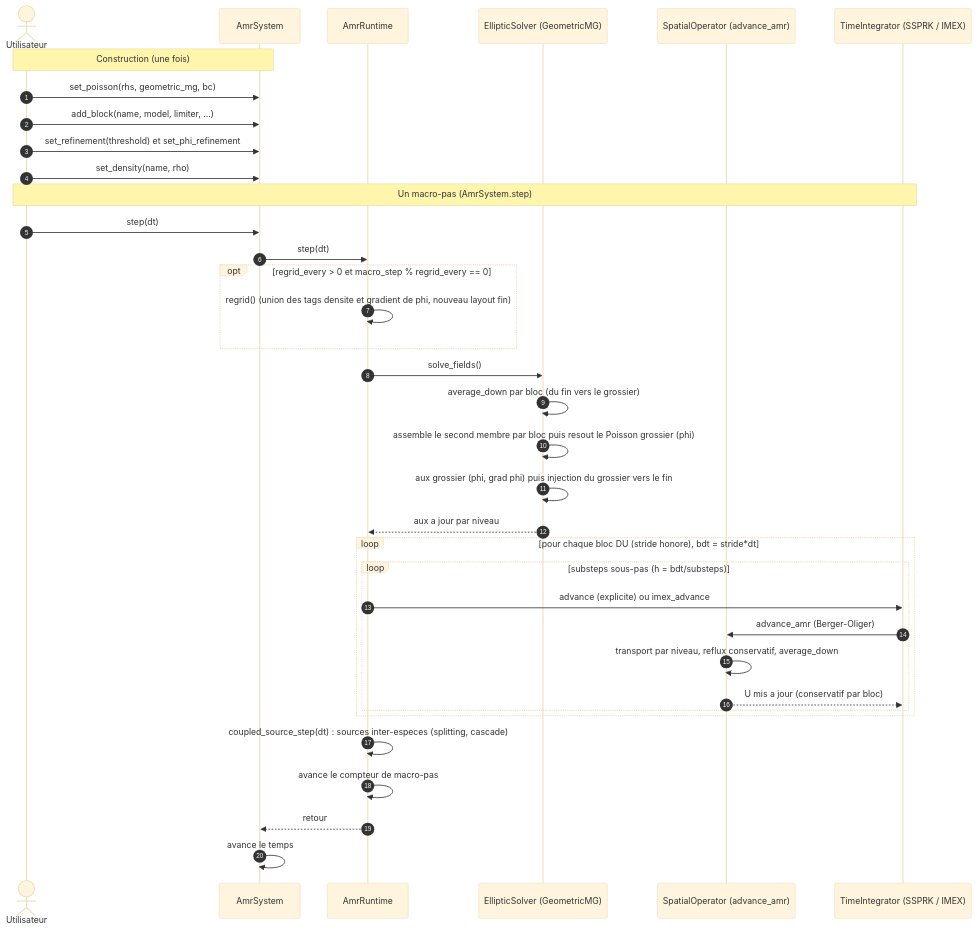
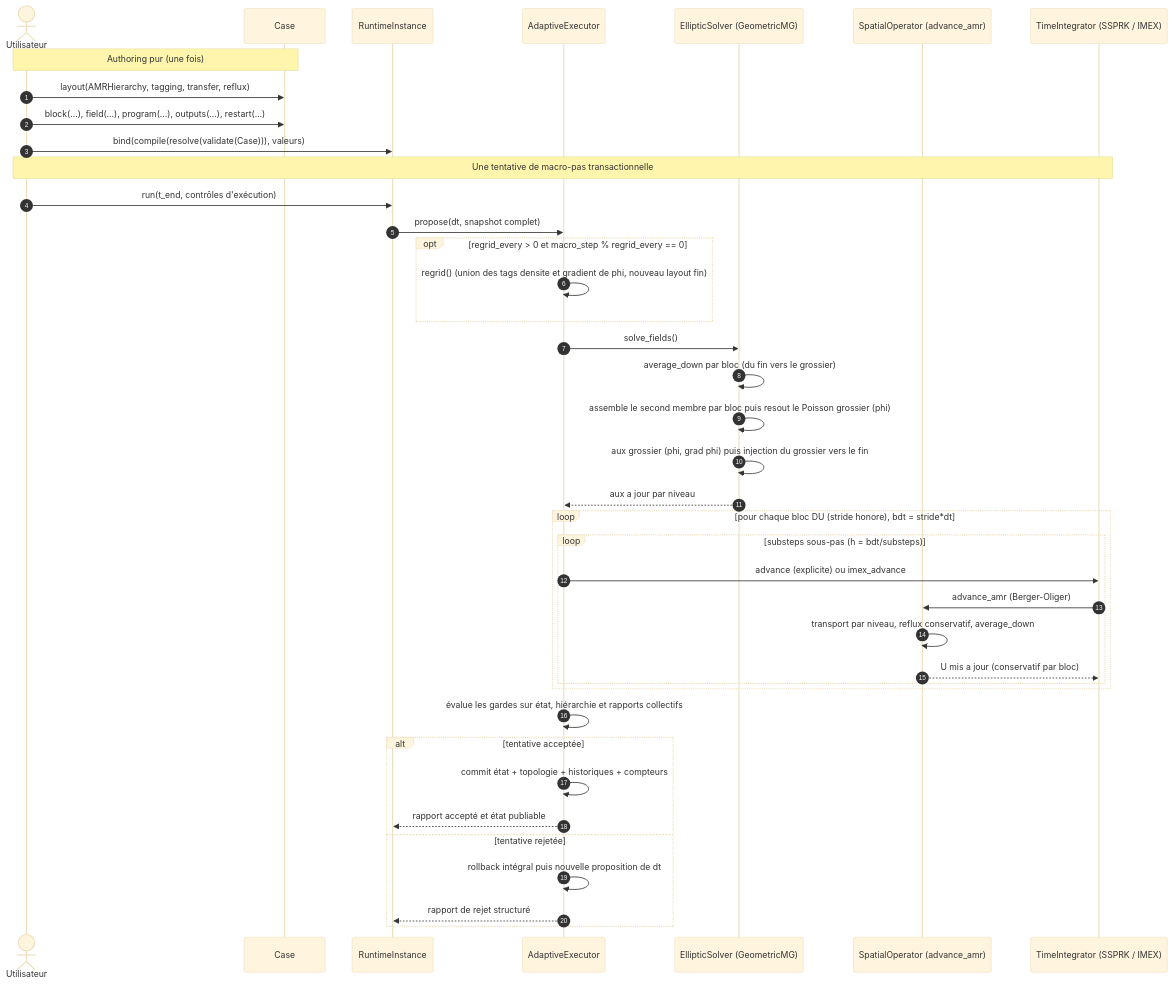
The fourth of 4 diagrams in docs/ARCHITECTURE.md (wolf75222/PoPS), drawn with Mermaid (base theme) before and after one commit. The commit also changed other lines of this file and 1 other file, not shown here.

Commit message:
docs(architecture): describe the final lifecycle

````diff
--- a/docs/ARCHITECTURE.md
+++ b/docs/ARCHITECTURE.md
@@ -493,43 +496,47 @@
 ```mermaid
 sequenceDiagram
     autonumber
     actor Utilisateur
-    participant AmrSystem
-    participant AmrRuntime
+    participant Case
+    participant Runtime as RuntimeInstance
+    participant AmrRuntime as AdaptiveExecutor
     participant EllipticSolver as EllipticSolver (GeometricMG)
     participant SpatialOperator as SpatialOperator (advance_amr)
     participant TimeIntegrator as TimeIntegrator (SSPRK / IMEX)
 
-    Note over Utilisateur,AmrSystem: Construction (une fois)
-    Utilisateur->>AmrSystem: set_poisson(rhs, geometric_mg, bc)
-    Utilisateur->>AmrSystem: add_block(name, model, limiter, ...)
-    Utilisateur->>AmrSystem: set_refinement(threshold) et set_phi_refinement
-    Utilisateur->>AmrSystem: set_density(name, rho)
+    Note over Utilisateur,Case: Authoring pur (une fois)
+    Utilisateur->>Case: layout(AMRHierarchy, tagging, transfer, reflux)
+    Utilisateur->>Case: block(...), field(...), program(...), outputs(...), restart(...)
+    Utilisateur->>Runtime: bind(compile(resolve(validate(Case))), valeurs)
 
-    Note over Utilisateur,TimeIntegrator: Un macro-pas (AmrSystem.step)
-    Utilisateur->>AmrSystem: step(dt)
-    AmrSystem->>AmrRuntime: step(dt)
+    Note over Utilisateur,TimeIntegrator: Une tentative de macro-pas transactionnelle
+    Utilisateur->>Runtime: run(t_end, contrôles d'exécution)
+    Runtime->>AmrRuntime: propose(dt, snapshot complet)
 
     opt regrid_every > 0 et macro_step % regrid_every == 0
         AmrRuntime->>AmrRuntime: regrid() (union des tags densite et gradient de phi, nouveau layout fin)
     end
 
     AmrRuntime->>EllipticSolver: solve_fields()
     EllipticSolver->>EllipticSolver: average_down par bloc (du fin vers le grossier)
     EllipticSolver->>EllipticSolver: assemble le second membre par bloc puis resout le Poisson grossier (phi)
     EllipticSolver->>EllipticSolver: aux grossier (phi, grad phi) puis injection du grossier vers le fin
     EllipticSolver-->>AmrRuntime: aux a jour par niveau
 
     loop pour chaque bloc DU (stride honore), bdt = stride*dt
         loop substeps sous-pas (h = bdt/substeps)
             AmrRuntime->>TimeIntegrator: advance (explicite) ou imex_advance
             TimeIntegrator->>SpatialOperator: advance_amr (Berger-Oliger)
             SpatialOperator->>SpatialOperator: transport par niveau, reflux conservatif, average_down
             SpatialOperator-->>TimeIntegrator: U mis a jour (conservatif par bloc)
         end
     end
-    AmrRuntime->>AmrRuntime: coupled_source_step(dt) : sources inter-especes (splitting, cascade)
-    AmrRuntime->>AmrRuntime: avance le compteur de macro-pas
-    AmrRuntime-->>AmrSystem: retour
-    AmrSystem->>AmrSystem: avance le temps
+    AmrRuntime->>AmrRuntime: évalue les gardes sur état, hiérarchie et rapports collectifs
+    alt tentative acceptée
+        AmrRuntime->>AmrRuntime: commit état + topologie + historiques + compteurs
+        AmrRuntime-->>Runtime: rapport accepté et état publiable
+    else tentative rejetée
+        AmrRuntime->>AmrRuntime: rollback intégral puis nouvelle proposition de dt
+        AmrRuntime-->>Runtime: rapport de rejet structuré
+    end
 ```
````
